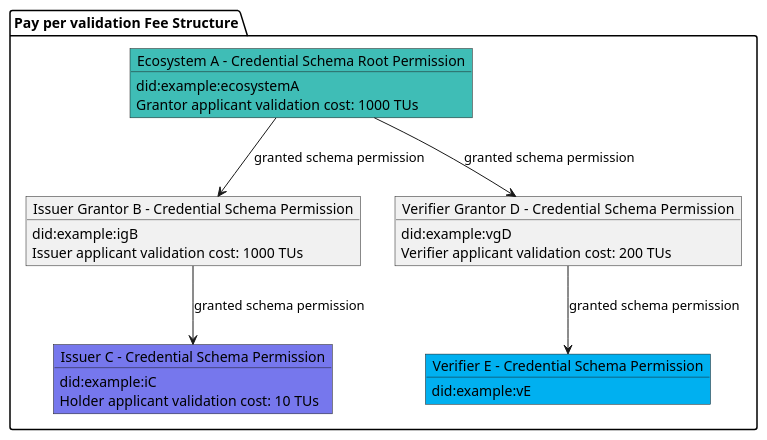
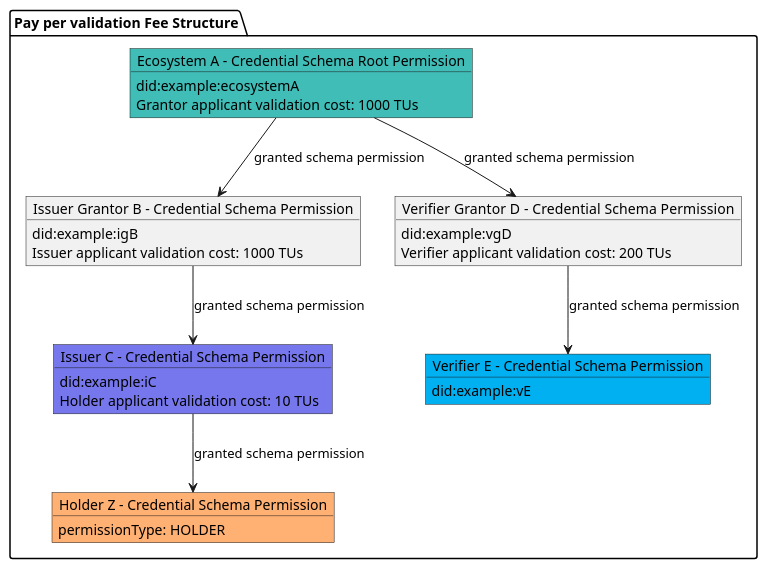
The fourth of 20 diagrams in spec.md (verana-labs/verifiable-trust-vpr-spec), drawn with PlantUML before and after one commit. The commit also changed other lines of this file, not shown here.

Commit message:
feat: added cs.holder_onboarding_mode and refactoring of issuer_mode and verifier_mode

````diff
--- a/spec.md
+++ b/spec.md
@@ -434,37 +437,41 @@
 ```plantuml
 
 @startuml
 scale max 800 width
  
 package "Pay per validation Fee Structure" as cs {
 
     object "Ecosystem A - Credential Schema Root Permission" as tr #3fbdb6 {
         did:example:ecosystemA
         Grantor applicant validation cost: 1000 TUs
     }
     object "Issuer Grantor B - Credential Schema Permission" as ig {
         did:example:igB
         Issuer applicant validation cost: 1000 TUs
     }
     object "Issuer C - Credential Schema Permission" as issuer #7677ed  {
         did:example:iC
         Holder applicant validation cost: 10 TUs
     }
     object "Verifier Grantor D -  Credential Schema Permission" as vg {
         did:example:vgD
         Verifier applicant validation cost: 200 TUs
     }
     object "Verifier E - Credential Schema Permission" as verifier #00b0f0 {
         did:example:vE
     }
+
+    object "Holder Z - Credential Schema Permission" as holder #FFB073 {
+        permissionType: HOLDER
+    }
 }
 
 tr --> ig : granted schema permission
 ig --> issuer : granted schema permission
-
+issuer --> holder: granted schema permission
 tr --> vg : granted schema permission
 vg --> verifier : granted schema permission
 
 @enduml
 
 ```
````
